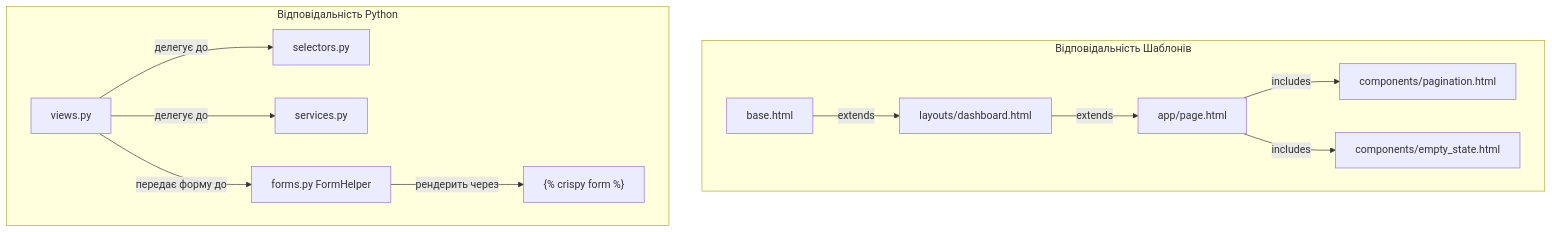
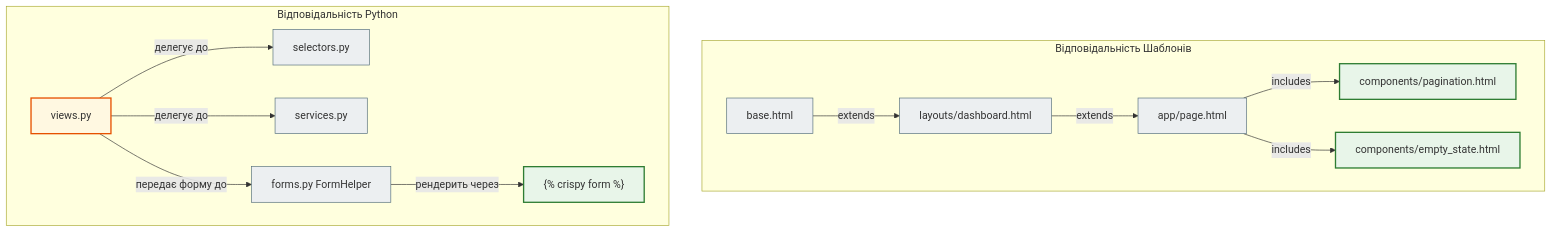
Before and after one commit to NikoriakViktot/notes_chat_app: the fifth of 11 diagrams in docs/05_frontend_and_templates/design_foundations_full.md, drawn with Mermaid. The commit also changed other lines of this file and 441 other files, not shown here.

First line of the commit message:
Add English version of the book, Mermaid standard, docs fixes

````diff
--- a/docs/05_frontend_and_templates/design_foundations_full.md
+++ b/docs/05_frontend_and_templates/design_foundations_full.md
@@ -385,16 +413,23 @@
 ```mermaid
 graph TD
     subgraph Відповідальність Шаблонів
         A[base.html] -->|extends| B[layouts/dashboard.html]
         B -->|extends| C[app/page.html]
         C -->|includes| D[components/pagination.html]
         C -->|includes| E[components/empty_state.html]
     end
 
     subgraph Відповідальність Python
         F[views.py] -->|делегує до| G[selectors.py]
         F -->|делегує до| H[services.py]
         F -->|передає форму до| I[forms.py FormHelper]
         I -->|рендерить через| J["{% crispy form %}"]
     end
+
+    classDef step     fill:#eceff1,stroke:#546e7a,stroke-width:1px;
+    classDef success  fill:#e8f5e9,stroke:#2e7d32,stroke-width:2px;
+    classDef warning  fill:#fff8e1,stroke:#e65100,stroke-width:2px;
+    class A,B,C,G,H,I step;
+    class D,E,J success;
+    class F warning;
 ```
````
